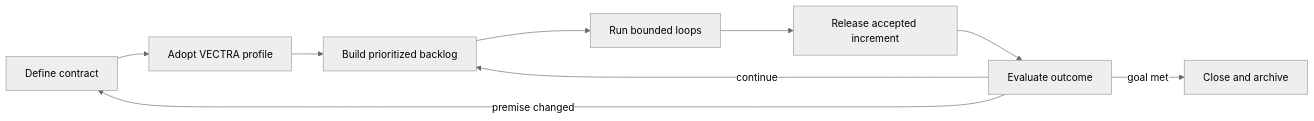
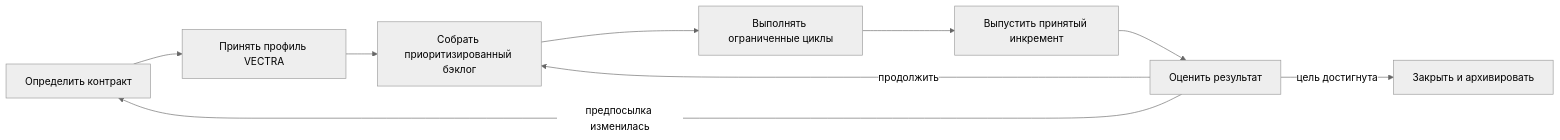
The diagram in diagrams/project-lifecycle.md (kitay-sudo/vectra), drawn with Mermaid (neutral theme) before and after one commit. The commit also changed other lines of this file and 63 other files, not shown here.

````diff
--- a/diagrams/project-lifecycle.md
+++ b/diagrams/project-lifecycle.md
@@ -3,11 +3,11 @@
 ```mermaid
 flowchart LR
-  D["Define contract"] --> A["Adopt VECTRA profile"]
-  A --> B["Build prioritized backlog"]
-  B --> L["Run bounded loops"]
-  L --> R["Release accepted increment"]
-  R --> E["Evaluate outcome"]
-  E -->|continue| B
-  E -->|goal met| C["Close and archive"]
-  E -->|premise changed| D
+  D["Определить контракт"] --> A["Принять профиль VECTRA"]
+  A --> B["Собрать приоритизированный бэклог"]
+  B --> L["Выполнять ограниченные циклы"]
+  L --> R["Выпустить принятый инкремент"]
+  R --> E["Оценить результат"]
+  E -->|продолжить| B
+  E -->|цель достигнута| C["Закрыть и архивировать"]
+  E -->|предпосылка изменилась| D
 ```
````
